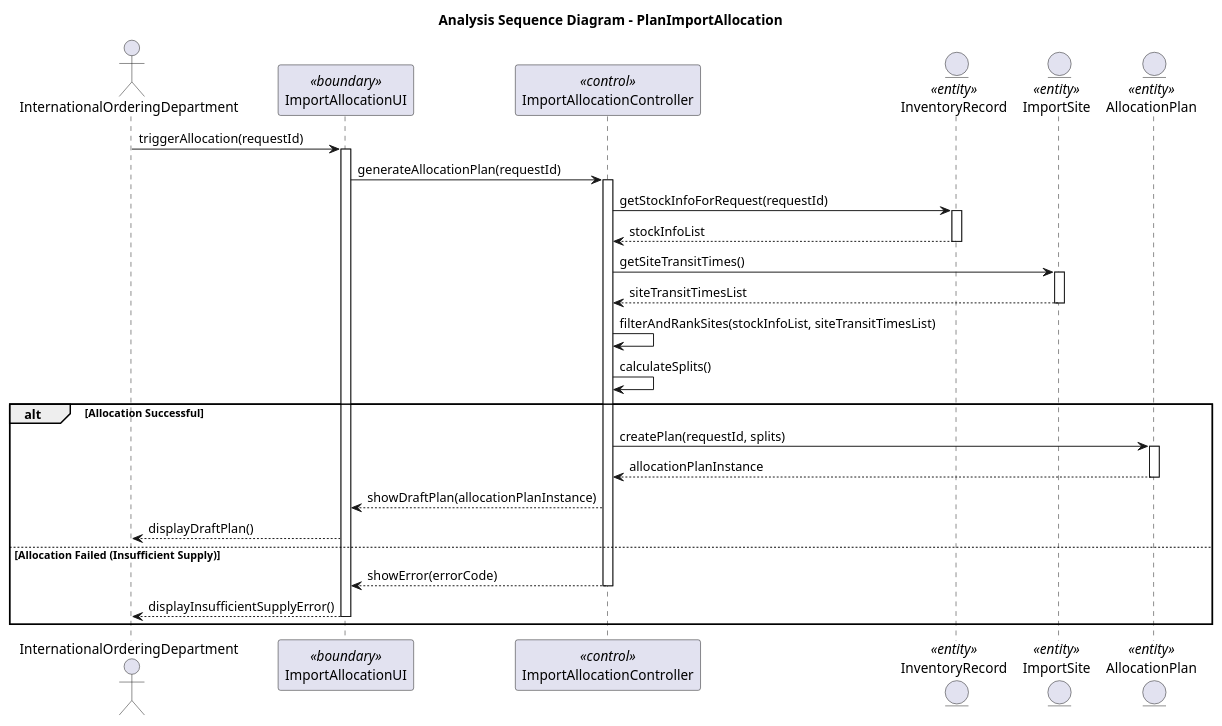
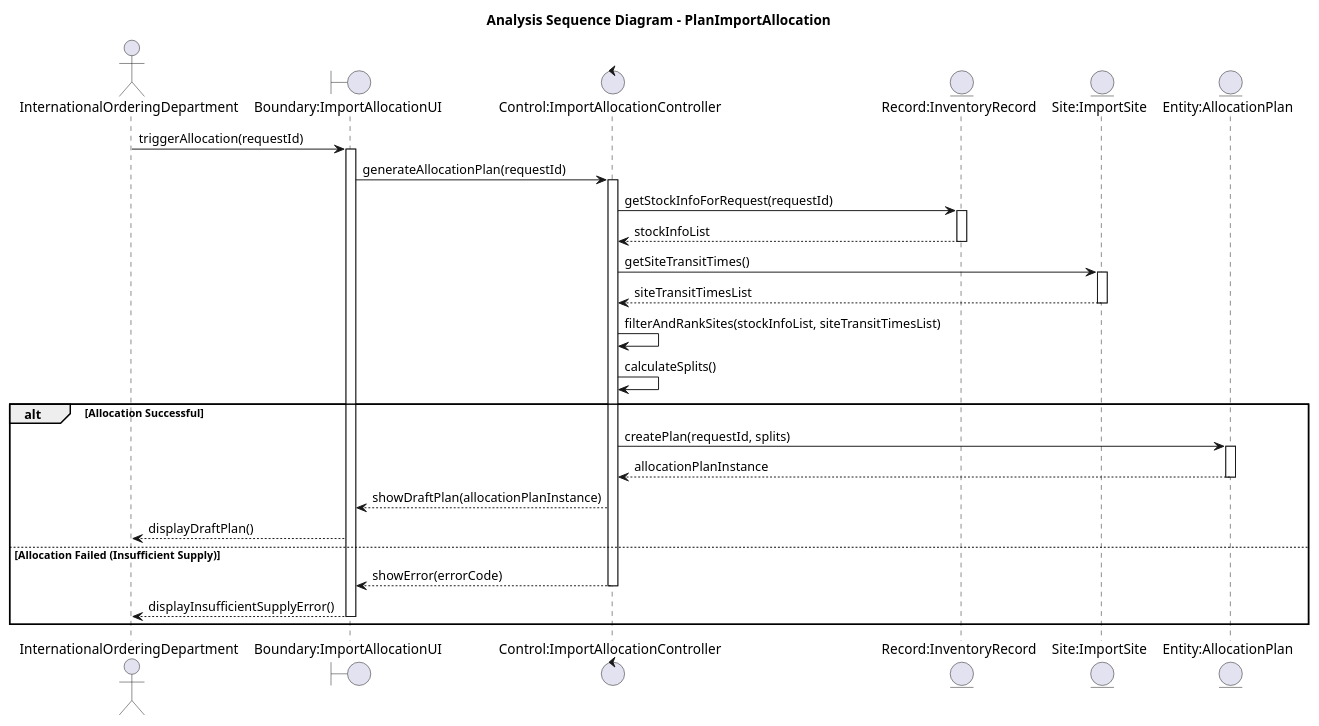
The diagram in docs/details/UC004_PlanImportAllocation/sequence_analysis_plan_import_allocation.puml (nqd2/2025.2-166155-15), drawn with PlantUML before and after one commit. The commit also changed 176 other files, not shown here.

```diff
--- a/docs/details/UC004_PlanImportAllocation/sequence_analysis_plan_import_allocation.puml
+++ b/docs/details/UC004_PlanImportAllocation/sequence_analysis_plan_import_allocation.puml
@@ -1,42 +1,42 @@
 @startuml sequence_analysis_plan_import_allocation
 title Analysis Sequence Diagram - PlanImportAllocation
 
 actor InternationalOrderingDepartment as Actor
-participant "ImportAllocationUI" as Boundary <<boundary>>
-participant "ImportAllocationController" as Control <<control>>
-entity "InventoryRecord" as Record <<entity>>
-entity "ImportSite" as Site <<entity>>
-entity "AllocationPlan" as Entity <<entity>>
+boundary "Boundary:ImportAllocationUI" as Boundary
+control "Control:ImportAllocationController" as Control
+entity "Record:InventoryRecord" as Record
+entity "Site:ImportSite" as Site
+entity "Entity:AllocationPlan" as Entity
 
 Actor -> Boundary : triggerAllocation(requestId)
 activate Boundary
 Boundary -> Control : generateAllocationPlan(requestId)
 activate Control
 
 Control -> Record : getStockInfoForRequest(requestId)
 activate Record
 Record --> Control : stockInfoList
 deactivate Record
 
 Control -> Site : getSiteTransitTimes()
 activate Site
 Site --> Control : siteTransitTimesList
 deactivate Site
 
 Control -> Control : filterAndRankSites(stockInfoList, siteTransitTimesList)
 Control -> Control : calculateSplits()
 
 alt Allocation Successful
   Control -> Entity : createPlan(requestId, splits)
   activate Entity
   Entity --> Control : allocationPlanInstance
   deactivate Entity
   Control --> Boundary : showDraftPlan(allocationPlanInstance)
   Boundary --> Actor : displayDraftPlan()
 else Allocation Failed (Insufficient Supply)
   Control --> Boundary : showError(errorCode)
   deactivate Control
   Boundary --> Actor : displayInsufficientSupplyError()
   deactivate Boundary
 end
 @enduml
```
